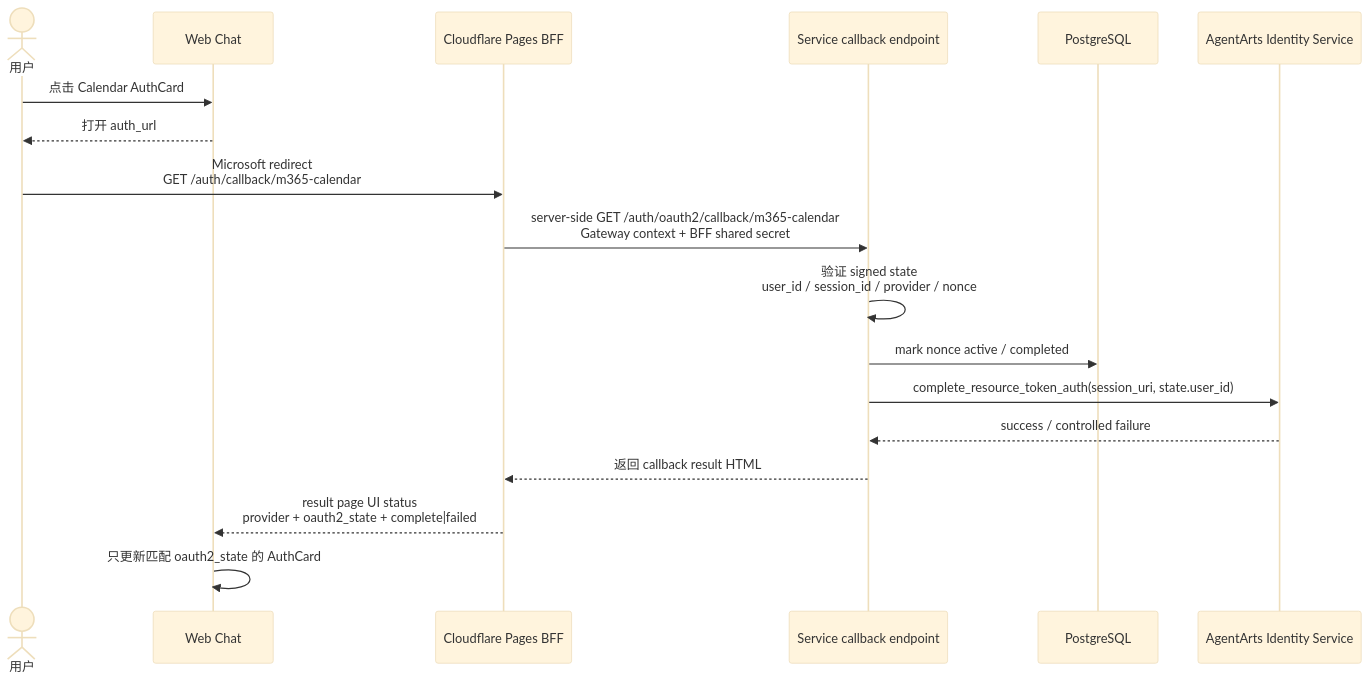
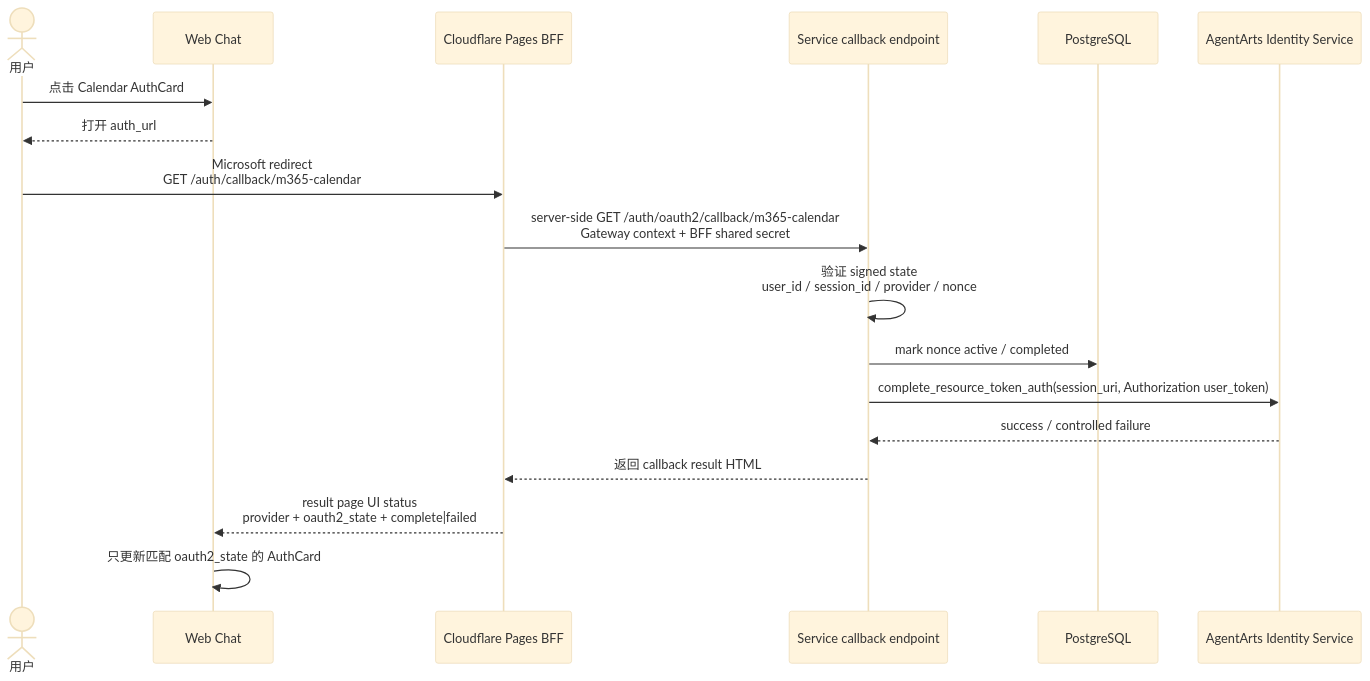
One commit to T-1009/personal-assistant changed the second of 2 diagrams in personal-assistant-meta/issues/bugs/bug-21-calendar-oauth2-complete-session-identity-mismatch/issue.md. Above: the diagram before and after it, drawn with Mermaid (base theme). The commit also changed other lines of this file and 9 other files, not shown here.

Commit message:
Use user token for calendar OAuth callback complete

````diff
--- a/personal-assistant-meta/issues/bugs/bug-21-calendar-oauth2-complete-session-identity-mismatch/issue.md
+++ b/personal-assistant-meta/issues/bugs/bug-21-calendar-oauth2-complete-session-identity-mismatch/issue.md
@@ -124,21 +124,21 @@
 ```mermaid
 sequenceDiagram
     actor User as 用户
     participant UI as Web Chat
     participant BFF as Cloudflare Pages BFF
     participant Agent as Service callback endpoint
     participant DB as PostgreSQL
     participant IdSvc as AgentArts Identity Service
 
     User->>UI: 点击 Calendar AuthCard
     UI-->>User: 打开 auth_url
     User->>BFF: Microsoft redirect<br/>GET /auth/callback/m365-calendar
     BFF->>Agent: server-side GET /auth/oauth2/callback/m365-calendar<br/>Gateway context + BFF shared secret
     Agent->>Agent: 验证 signed state<br/>user_id / session_id / provider / nonce
     Agent->>DB: mark nonce active / completed
-    Agent->>IdSvc: complete_resource_token_auth(session_uri, state.user_id)
+    Agent->>IdSvc: complete_resource_token_auth(session_uri, Authorization user_token)
     IdSvc-->>Agent: success / controlled failure
     Agent-->>BFF: 返回 callback result HTML
     BFF-->>UI: result page UI status<br/>provider + oauth2_state + complete|failed
     UI->>UI: 只更新匹配 oauth2_state 的 AuthCard
 ```
````
